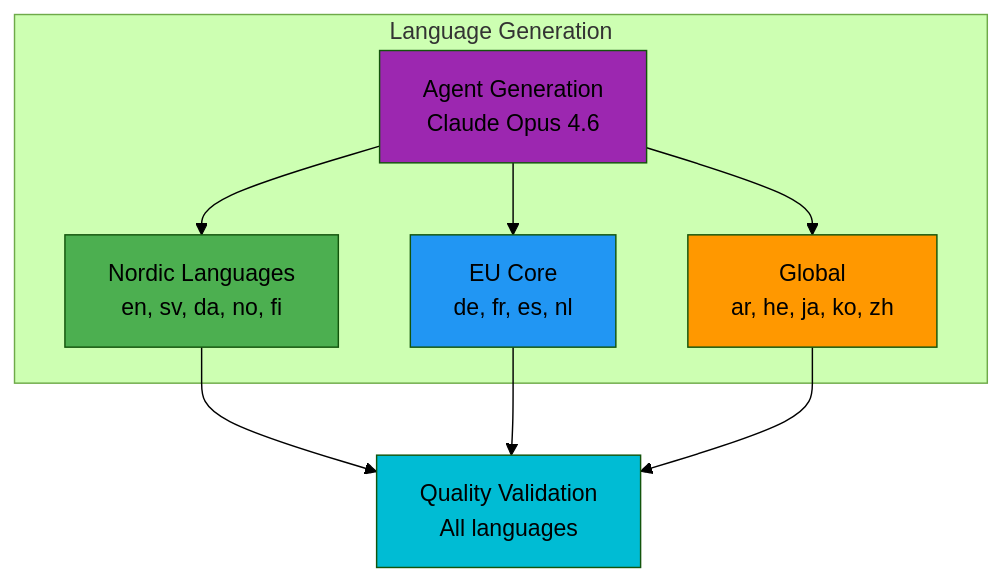
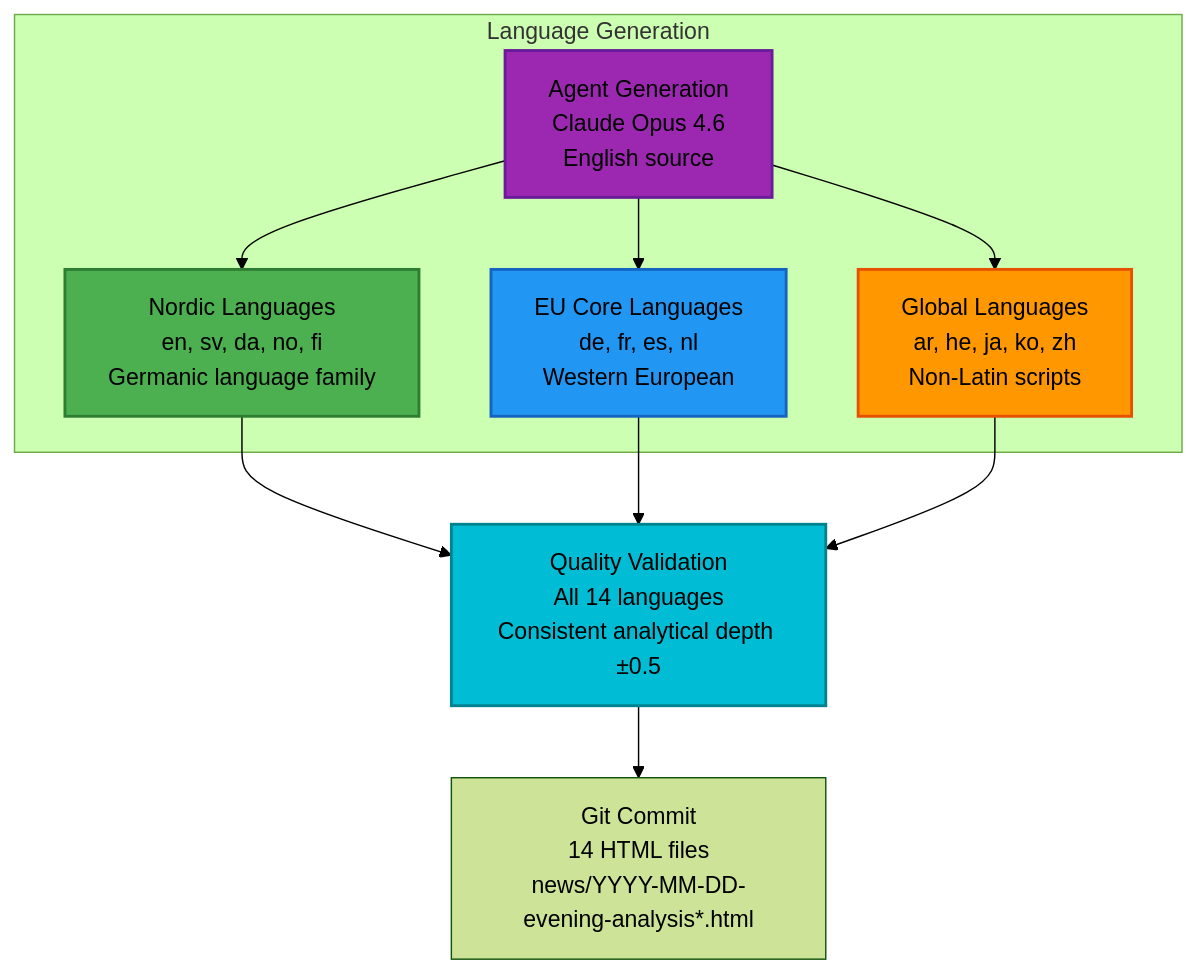
The tenth of 15 diagrams in ARCHITECTURE.md (Hack23/riksdagsmonitor), drawn with Mermaid (forest theme) before and after one commit. The commit also changed other lines of this file, not shown here.

Commit message:
docs: restructure ARCHITECTURE.md to C4 standard with header, doc map, C4 views, layers, patterns, and footer

````diff
--- a/ARCHITECTURE.md
+++ b/ARCHITECTURE.md
@@ -590,24 +911,26 @@
 ```mermaid
 graph TB
     subgraph "Language Generation"
-        Source[Agent Generation<br/>Claude Opus 4.6]
+        Source[Agent Generation<br/>Claude Opus 4.6<br/>English source]
         
-        Nordic[Nordic Languages<br/>en, sv, da, no, fi]
-        EU[EU Core<br/>de, fr, es, nl]
-        Global[Global<br/>ar, he, ja, ko, zh]
+        Nordic[Nordic Languages<br/>en, sv, da, no, fi<br/>Germanic language family]
+        EU[EU Core Languages<br/>de, fr, es, nl<br/>Western European]
+        Global[Global Languages<br/>ar, he, ja, ko, zh<br/>Non-Latin scripts]
     end
     
     Source --> Nordic
     Source --> EU
     Source --> Global
     
-    Nordic --> Validation[Quality Validation<br/>All languages]
+    Nordic --> Validation[Quality Validation<br/>All 14 languages<br/>Consistent analytical depth ±0.5]
     EU --> Validation
     Global --> Validation
     
-    style Source fill:#9c27b0
-    style Nordic fill:#4caf50
-    style EU fill:#2196f3
-    style Global fill:#ff9800
-    style Validation fill:#00bcd4
+    Validation --> Commit[Git Commit<br/>14 HTML files<br/>news/YYYY-MM-DD-evening-analysis*.html]
+    
+    style Source fill:#9c27b0,stroke:#6a1b9a,stroke-width:2px
+    style Nordic fill:#4caf50,stroke:#2e7d32,stroke-width:2px
+    style EU fill:#2196f3,stroke:#1565c0,stroke-width:2px
+    style Global fill:#ff9800,stroke:#e65100,stroke-width:2px
+    style Validation fill:#00bcd4,stroke:#00838f,stroke-width:2px
 ```
````
